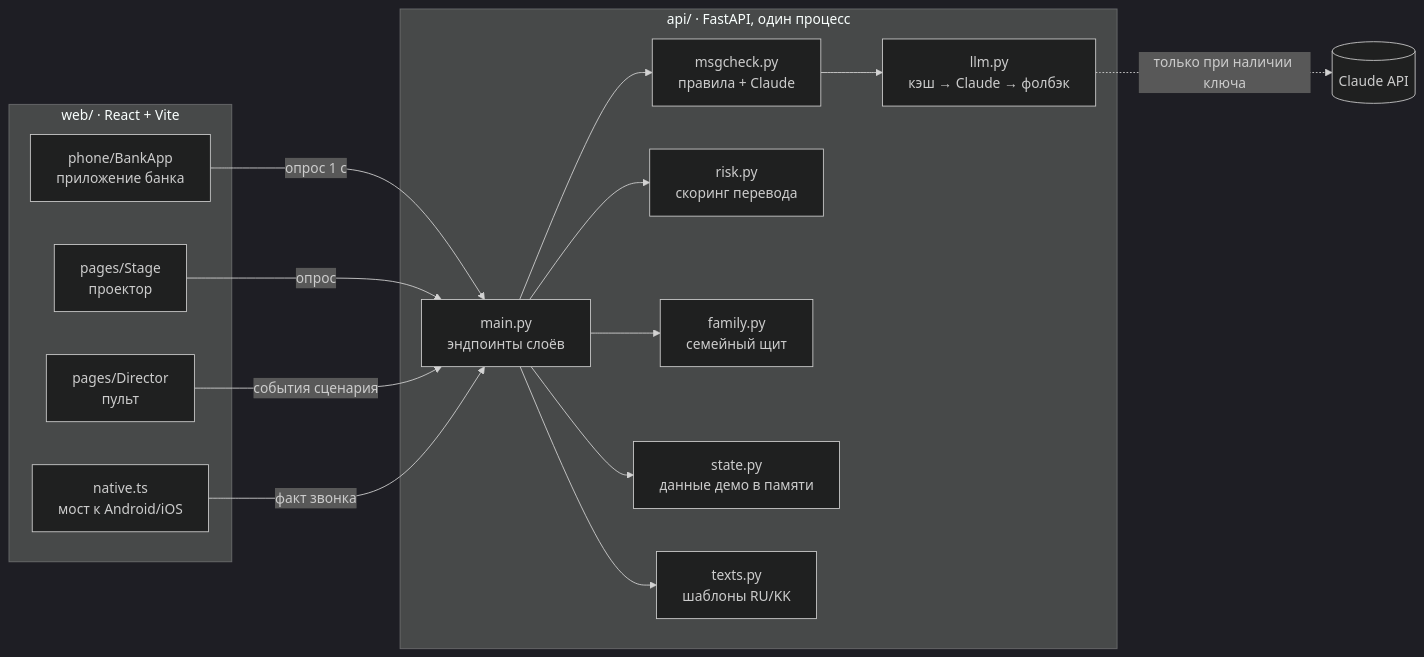
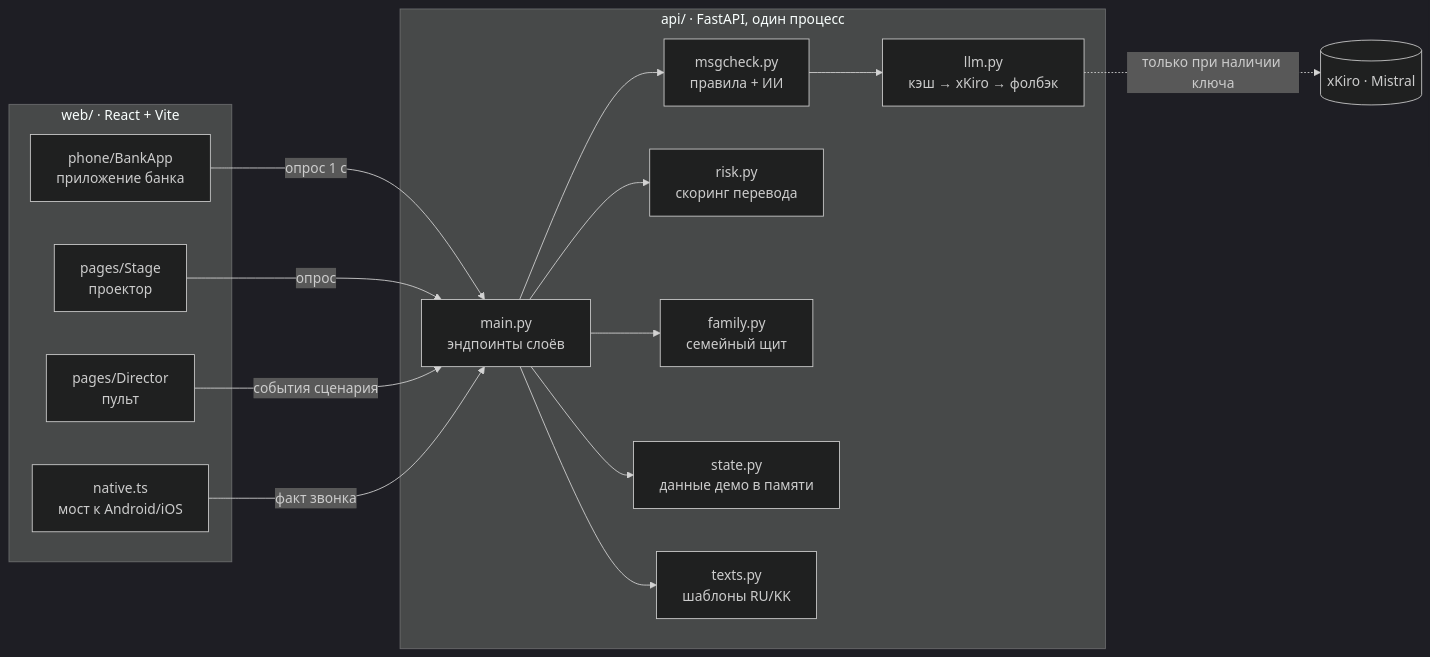
Before and after one commit to adiletpn/Qaqpan: the first of 2 diagrams in docs/ARCHITECTURE.md, drawn with Mermaid (dark theme). The commit also changed other lines of this file and 11 other files, not shown here.

Commit message:
docs: AI via xKiro everywhere, assistant in README, demo backup story and jury answers; deploy env XKIRO_API_KEY

````diff
--- a/docs/ARCHITECTURE.md
+++ b/docs/ARCHITECTURE.md
@@ -5,28 +5,28 @@
 ```mermaid
 flowchart LR
   subgraph Web["web/ · React + Vite"]
     Phone["phone/BankApp<br/>приложение банка"]
     Stage["pages/Stage<br/>проектор"]
     Dir["pages/Director<br/>пульт"]
     Native["native.ts<br/>мост к Android/iOS"]
   end
   subgraph API["api/ · FastAPI, один процесс"]
     Main["main.py<br/>эндпоинты слоёв"]
-    Msg["msgcheck.py<br/>правила + Claude"]
+    Msg["msgcheck.py<br/>правила + ИИ"]
     Risk["risk.py<br/>скоринг перевода"]
     Fam["family.py<br/>семейный щит"]
     State["state.py<br/>данные демо в памяти"]
-    LLM["llm.py<br/>кэш → Claude → фолбэк"]
+    LLM["llm.py<br/>кэш → xKiro → фолбэк"]
     Texts["texts.py<br/>шаблоны RU/KK"]
   end
   Phone -- "опрос 1 с" --> Main
   Stage -- "опрос" --> Main
   Dir -- "события сценария" --> Main
   Native -- "факт звонка" --> Main
   Main --> Msg --> LLM
   Main --> Risk
   Main --> Fam
   Main --> State
   Main --> Texts
-  LLM -. "только при наличии ключа" .-> Claude[(Claude API)]
+  LLM -. "только при наличии ключа" .-> AI[(xKiro · Mistral)]
 ```
````
